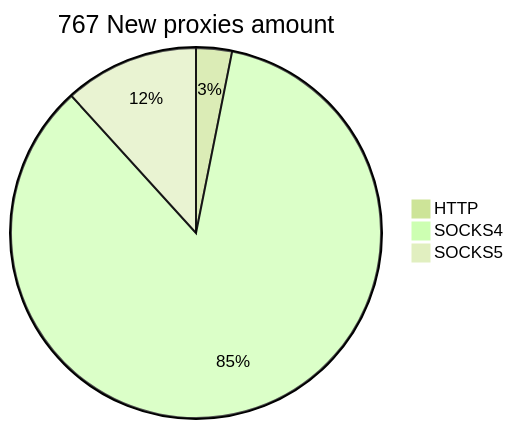
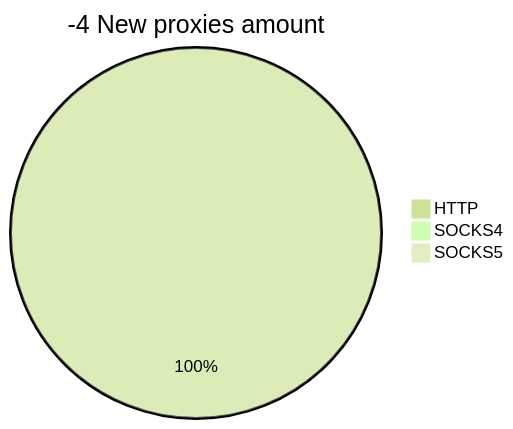
One commit to cutipu/proxylist changed the second of 2 diagrams in README.md. Above: the diagram before and after it, drawn with Mermaid (forest theme). The commit also changed other lines of this file, not shown here.

````diff
--- a/README.md
+++ b/README.md
@@ -10,6 +10,6 @@
 ```mermaid
-pie title 767 New proxies amount
-    "HTTP" : 24
-    "SOCKS4" : 653
-    "SOCKS5" : 90
+pie title -4 New proxies amount
+    "HTTP" : 1
+    "SOCKS4" : 0
+    "SOCKS5" : 0
 ```
````
